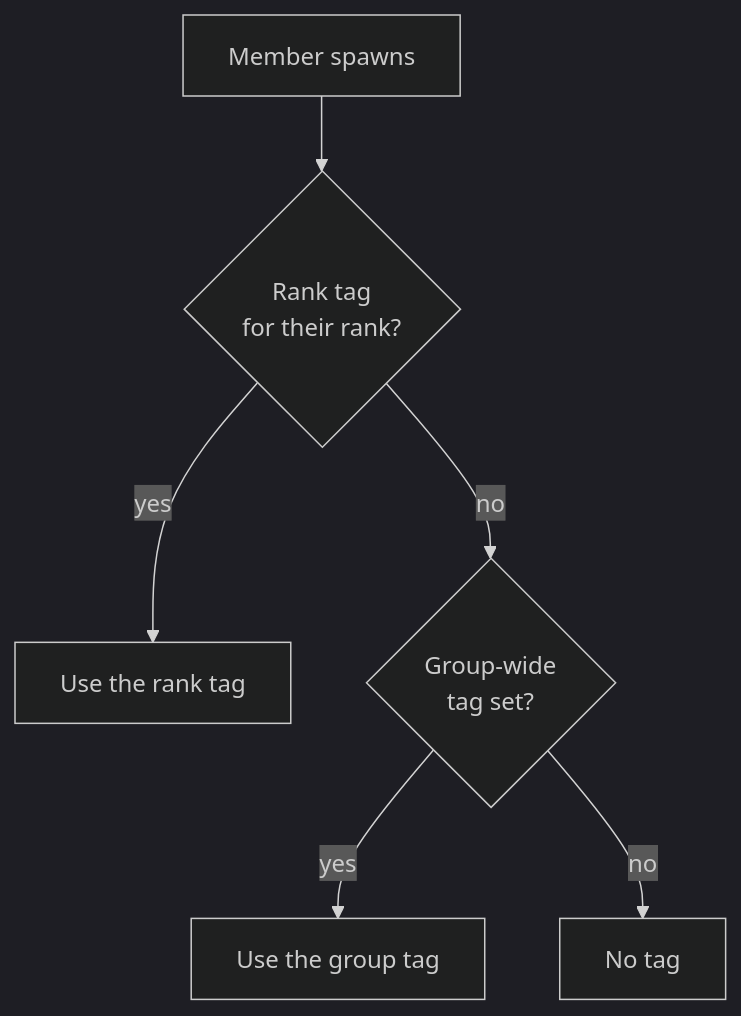
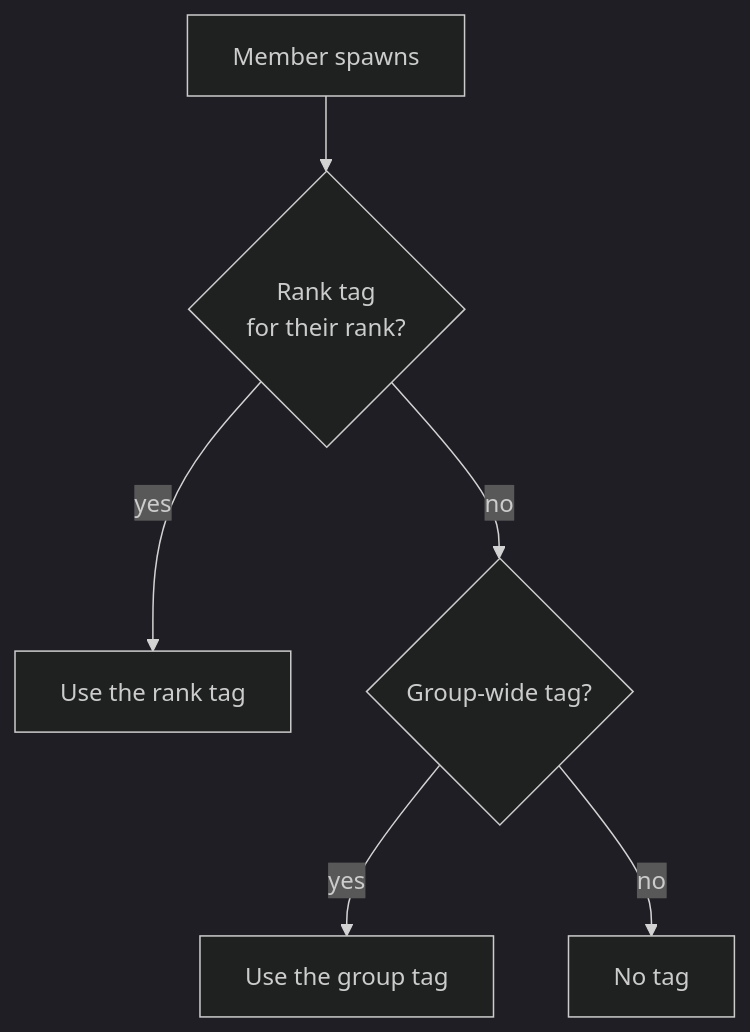
One commit to ashdlasjdh-spec/zeedash changed the diagram in docs-site/docs/crew-tags.md. Above: the diagram before and after it, drawn with Mermaid (dark theme). The commit also changed other lines of this file and 23 other files, not shown here.

````diff
--- a/docs-site/docs/crew-tags.md
+++ b/docs-site/docs/crew-tags.md
@@ -30,8 +32,8 @@
 ```mermaid
 flowchart TD
     M[Member spawns] --> R{Rank tag<br/>for their rank?}
     R -->|yes| RT[Use the rank tag]
-    R -->|no| G{Group-wide<br/>tag set?}
+    R -->|no| G{Group-wide tag?}
     G -->|yes| GT[Use the group tag]
     G -->|no| N[No tag]
 ```
````
